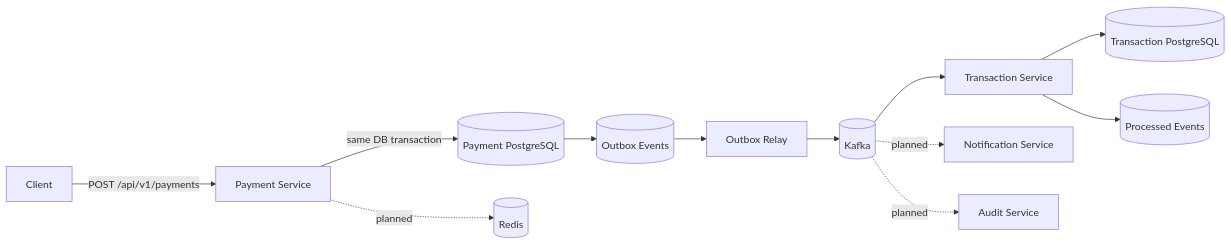
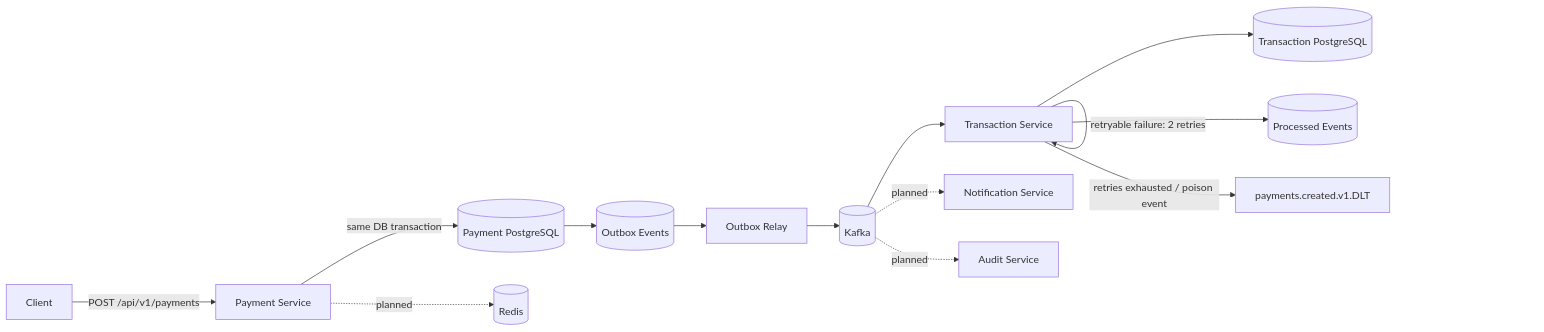
The diagram in README.md (Charithaa07/Event-driven-payment-platform), drawn with Mermaid before and after one commit. The commit also changed other lines of this file, not shown here.

````diff
--- a/README.md
+++ b/README.md
@@ -13,14 +13,16 @@
 ```mermaid
 flowchart LR
     C[Client] -->|POST /api/v1/payments| P[Payment Service]
     P -->|same DB transaction| PG[(Payment PostgreSQL)]
     PG --> O[(Outbox Events)]
     O --> RLY[Outbox Relay]
     RLY --> K[(Kafka)]
     K --> T[Transaction Service]
     T --> TG[(Transaction PostgreSQL)]
     T --> PE[(Processed Events)]
+    T -->|retryable failure: 2 retries| T
+    T -->|retries exhausted / poison event| DLT[payments.created.v1.DLT]
     P -. planned .-> R[(Redis)]
     K -. planned .-> N[Notification Service]
     K -. planned .-> A[Audit Service]
 ```
````
